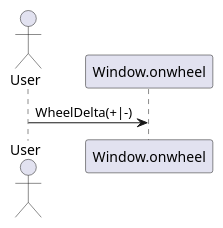
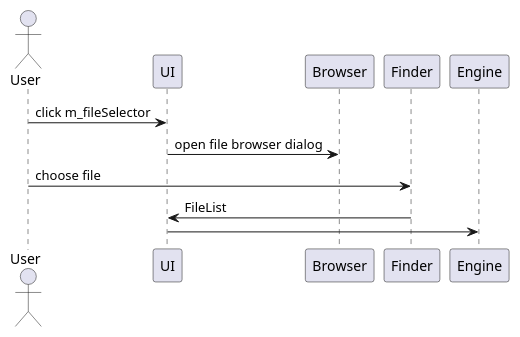
The first of 3 diagrams in zoom.puml (epam/mriviewer), drawn with PlantUML before and after one commit. The commit also changed other lines of this file and 15 other files, not shown here.

```diff
--- a/zoom.puml
+++ b/zoom.puml
@@ -1,6 +1,12 @@
 @startuml
 Actor User
-User -> Window.onwheel : WheelDelta(+|-)
+'User -> Window.onwheel: WheelDelta(+3|-3)
+
+User -> UI : click m_fileSelector
+UI -> Browser : open file browser dialog
+User -> Finder : choose file
+Finder -> UI : FileList
+UI -> Engine :
 
 
 @enduml
```
